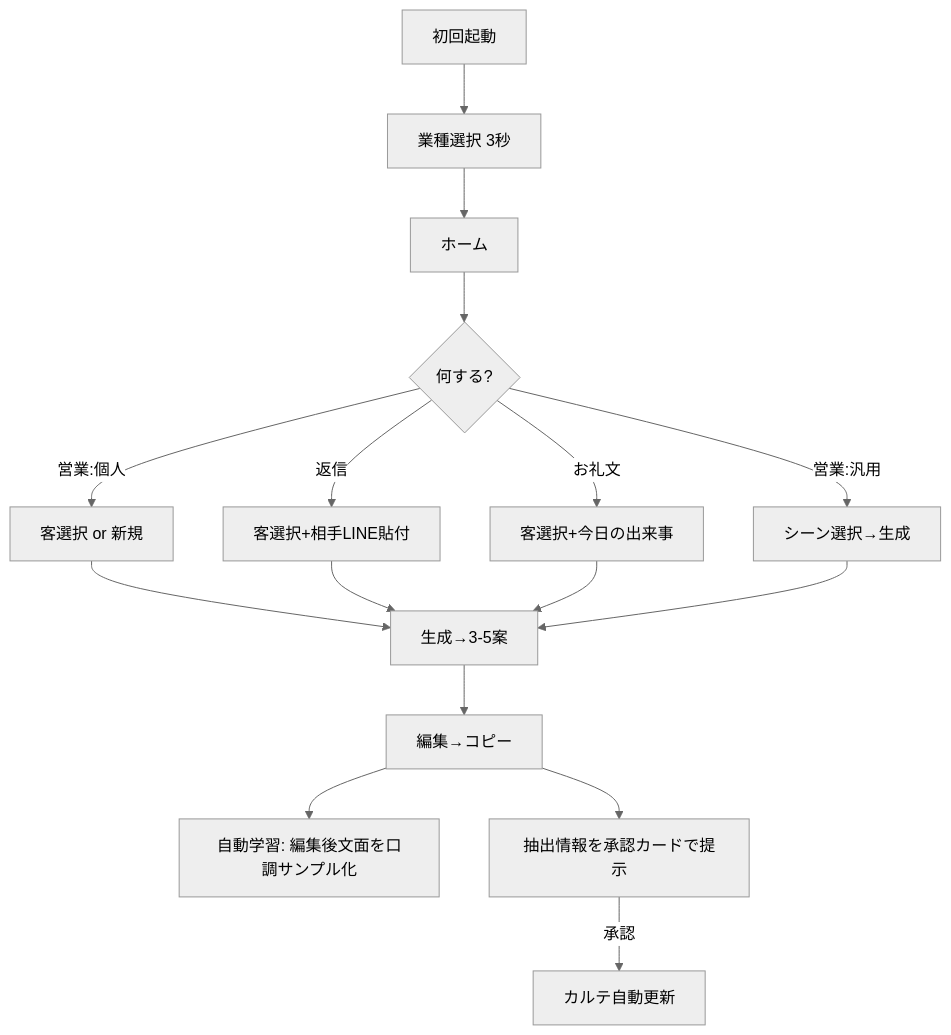
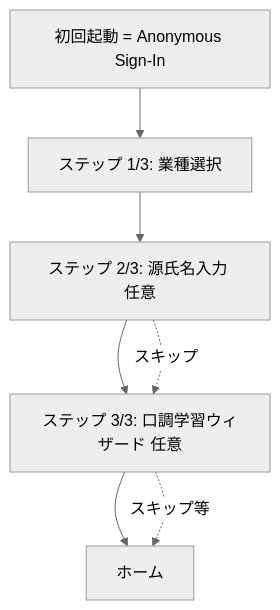
Before and after one commit to yuto1492/yorurip: the first of 2 diagrams in Claude.md, drawn with Mermaid (neutral theme). The commit also changed other lines of this file and 91 other files, not shown here.

````diff
--- a/Claude.md
+++ b/Claude.md
@@ -36,18 +64,9 @@
 ```mermaid
 flowchart TD
-    A[初回起動] --> B[業種選択 3秒]
-    B --> C[ホーム]
-    C --> D{何する?}
-    D -->|営業:汎用| E[シーン選択→生成]
-    D -->|営業:個人| F[客選択 or 新規]
-    D -->|返信| G[客選択+相手LINE貼付]
-    D -->|お礼文| H[客選択+今日の出来事]
-    F --> I[生成→3-5案]
-    G --> I
-    H --> I
-    E --> I
-    I --> J[編集→コピー]
-    J --> K[自動学習: 編集後文面を口調サンプル化]
-    J --> L[抽出情報を承認カードで提示]
-    L -->|承認| M[カルテ自動更新]
+    A[初回起動 = Anonymous Sign-In] --> B[ステップ 1/3: 業種選択]
+    B --> C[ステップ 2/3: 源氏名入力 任意]
+    C --> D[ステップ 3/3: 口調学習ウィザード 任意]
+    D --> E[ホーム]
+    C -. スキップ .-> D
+    D -. スキップ等 .-> E
 ```
````
